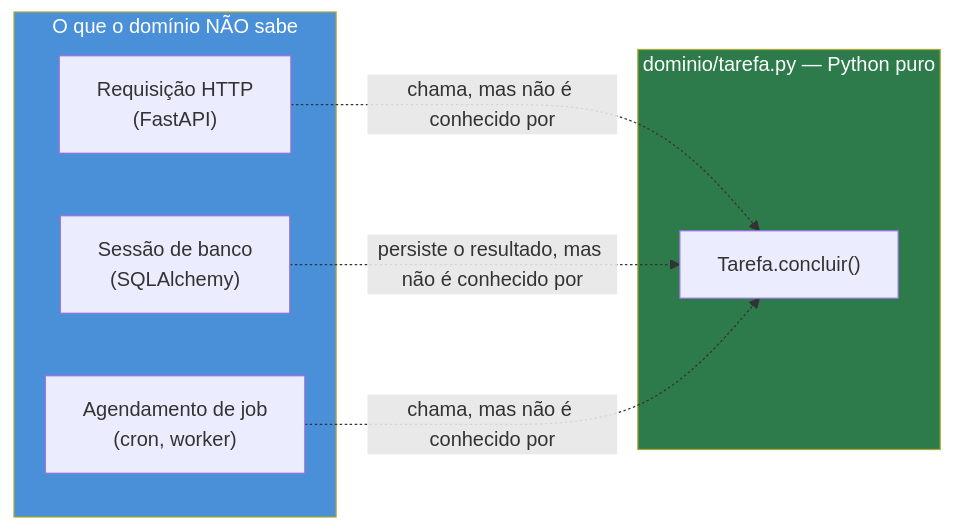
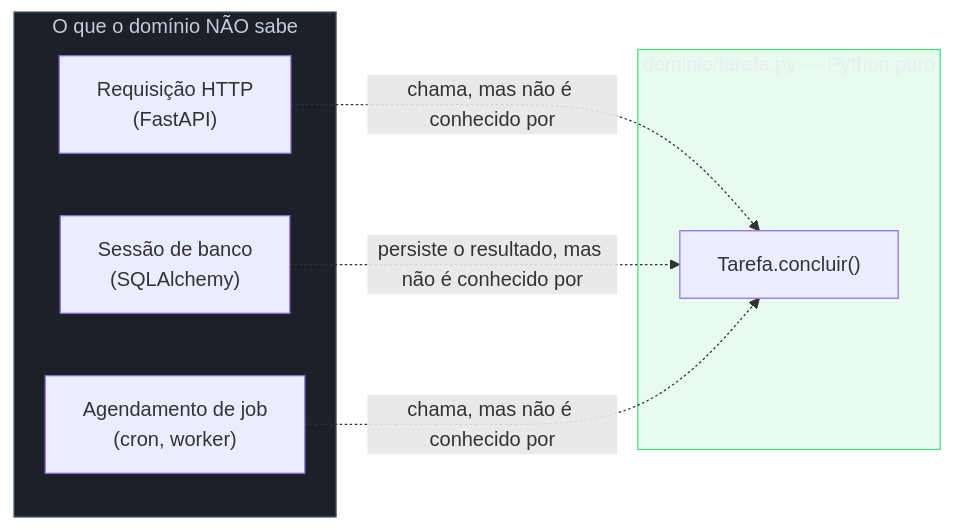
One commit to josenaldo/codex-technomanticus changed the first of 2 diagrams in 03-Dominios/Tecnologia/Python/Arquitetura e Design Patterns/02 - Domain modeling — separando a lógica de negócio do framework.md. Above: the diagram before and after it, drawn with Mermaid. The commit also changed other lines of this file and 1181 other files, not shown here.

First line of the commit message:
fix(diagramas): paleta do sistema no lugar de cor cravada no markdown

````diff
--- a/03-Dominios/Tecnologia/Python/Arquitetura e Design Patterns/02 - Domain modeling — separando a lógica de negócio do framework.md
+++ b/03-Dominios/Tecnologia/Python/Arquitetura e Design Patterns/02 - Domain modeling — separando a lógica de negócio do framework.md
@@ -126,19 +126,21 @@
 ```mermaid
 flowchart LR
+    classDef ok fill:#4ADE8021,stroke:#4ADE80,color:#E9ECF2
+    classDef neutro fill:#1B2029,stroke:#4E5666,color:#C6CCD8
     subgraph Fora["O que o domínio NÃO sabe"]
         HTTP["Requisição HTTP\n(FastAPI)"]
         DB["Sessão de banco\n(SQLAlchemy)"]
         JOB["Agendamento de job\n(cron, worker)"]
     end
 
     subgraph Dominio["dominio/tarefa.py — Python puro"]
         TAREFA["Tarefa.concluir()"]
     end
 
     HTTP -.->|"chama, mas não é conhecido por"| TAREFA
     DB -.->|"persiste o resultado, mas não é conhecido por"| TAREFA
     JOB -.->|"chama, mas não é conhecido por"| TAREFA
 
-    style Dominio fill:#2d7a4a,color:#fff
-    style Fora fill:#4A90D9,color:#fff
+    class Dominio ok
+    class Fora neutro
 ```
````
